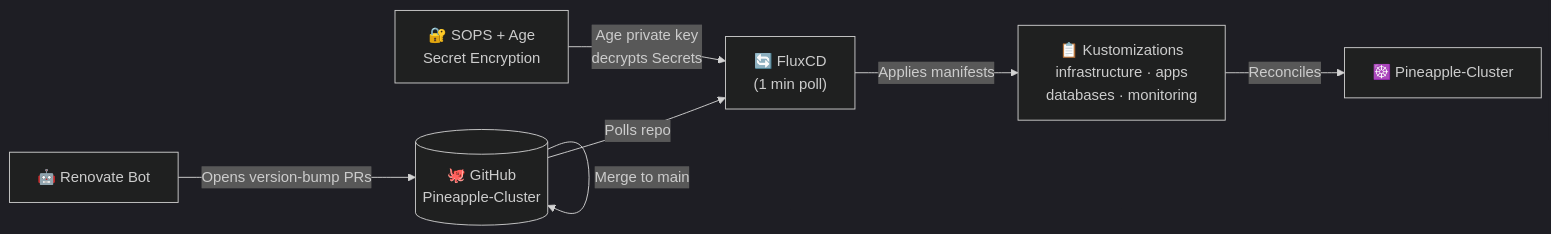
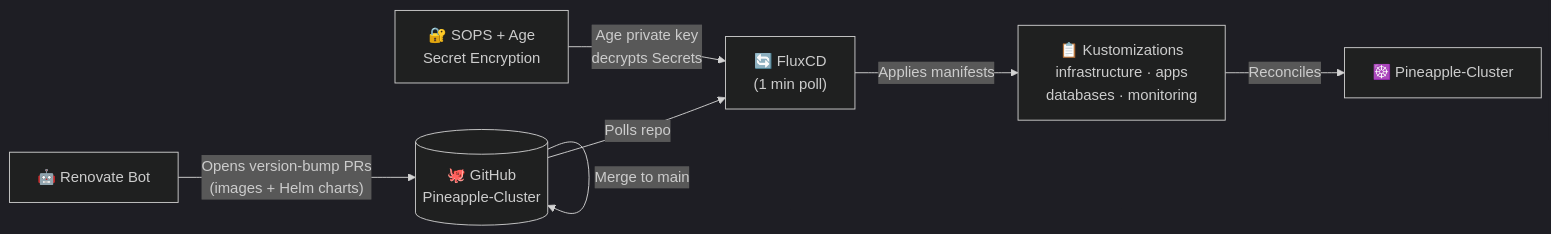
The first of 2 diagrams in README.md (ahmadhaiqal/Pineapple-Cluster), drawn with Mermaid (dark theme) before and after one commit. The commit also changed other lines of this file, not shown here.

Commit message:
docs(readme): update architecture to reflect current cluster state

````diff
--- a/README.md
+++ b/README.md
@@ -30,16 +31,16 @@
 ```mermaid
 flowchart LR
     REN["🤖 Renovate Bot"]
     GH[("🐙 GitHub\nPineapple-Cluster")]
     SOPS["🔐 SOPS + Age\nSecret Encryption"]
     FLUX["🔄 FluxCD\n(1 min poll)"]
     KUST["📋 Kustomizations\ninfrastructure · apps\ndatabases · monitoring"]
     CLUSTER["☸️ Pineapple-Cluster"]
 
-    REN -- "Opens version-bump PRs" --> GH
+    REN -- "Opens version-bump PRs\n(images + Helm charts)" --> GH
     GH -- "Merge to main" --> GH
     GH -- "Polls repo" --> FLUX
     SOPS -- "Age private key\ndecrypts Secrets" --> FLUX
     FLUX -- "Applies manifests" --> KUST
     KUST -- "Reconciles" --> CLUSTER
 ```
````
